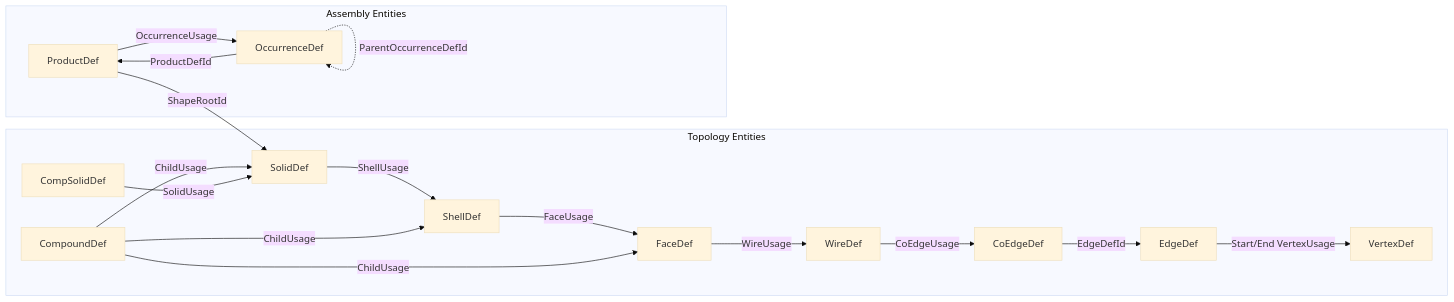
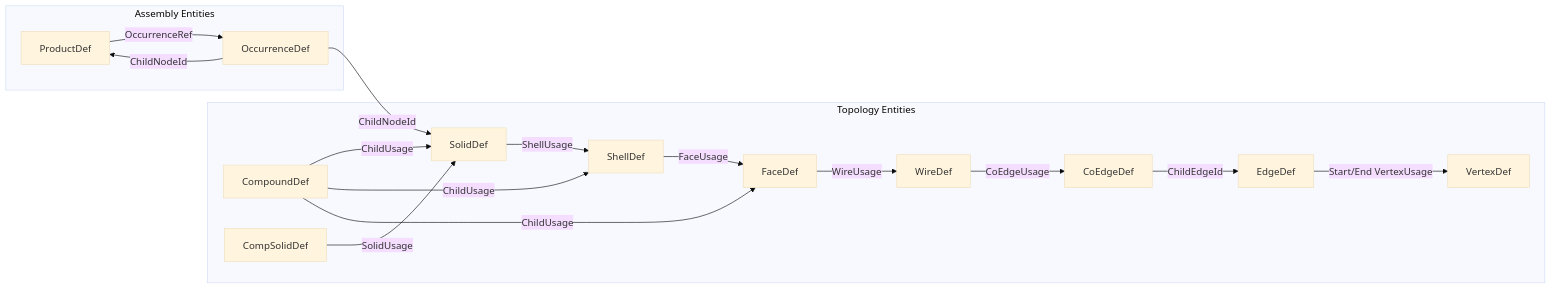
Before and after one commit to Open-Cascade-SAS/OCCT: the second of 5 diagrams in src/ModelingData/TKBRep/BRepGraphInc/README.md, drawn with Mermaid (base theme). The commit also changed other lines of this file and 183 other files, not shown here.

````diff
--- a/src/ModelingData/TKBRep/BRepGraphInc/README.md
+++ b/src/ModelingData/TKBRep/BRepGraphInc/README.md
@@ -47,35 +68,34 @@
 ```mermaid
 flowchart LR
   subgraph Topology Entities
     V[VertexDef]
     E[EdgeDef]
     CE[CoEdgeDef]
     W[WireDef]
     F[FaceDef]
     SH[ShellDef]
     SO[SolidDef]
     CO[CompoundDef]
     CS[CompSolidDef]
   end
 
   subgraph Assembly Entities
     PR[ProductDef]
     OC[OccurrenceDef]
   end
 
   F -->|WireUsage| W
   W -->|CoEdgeUsage| CE
-  CE -->|EdgeDefId| E
+  CE -->|ChildEdgeId| E
   E -->|Start/End VertexUsage| V
   SH -->|FaceUsage| F
   SO -->|ShellUsage| SH
   CO -->|ChildUsage| SO
   CO -->|ChildUsage| SH
   CO -->|ChildUsage| F
   CS -->|SolidUsage| SO
 
-  PR -->|OccurrenceUsage| OC
-  PR -->|ShapeRootId| SO
-  OC -->|ProductDefId| PR
-  OC -.->|ParentOccurrenceDefId| OC
+  PR -->|OccurrenceRef| OC
+  OC -->|ChildNodeId| PR
+  OC -->|ChildNodeId| SO
 ```
````
